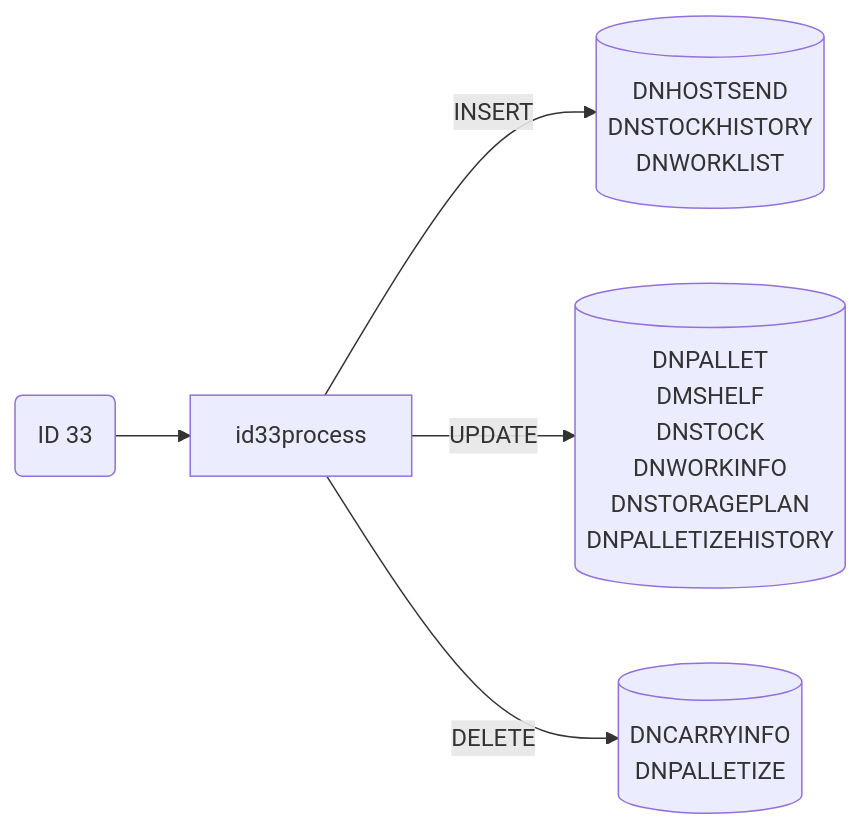
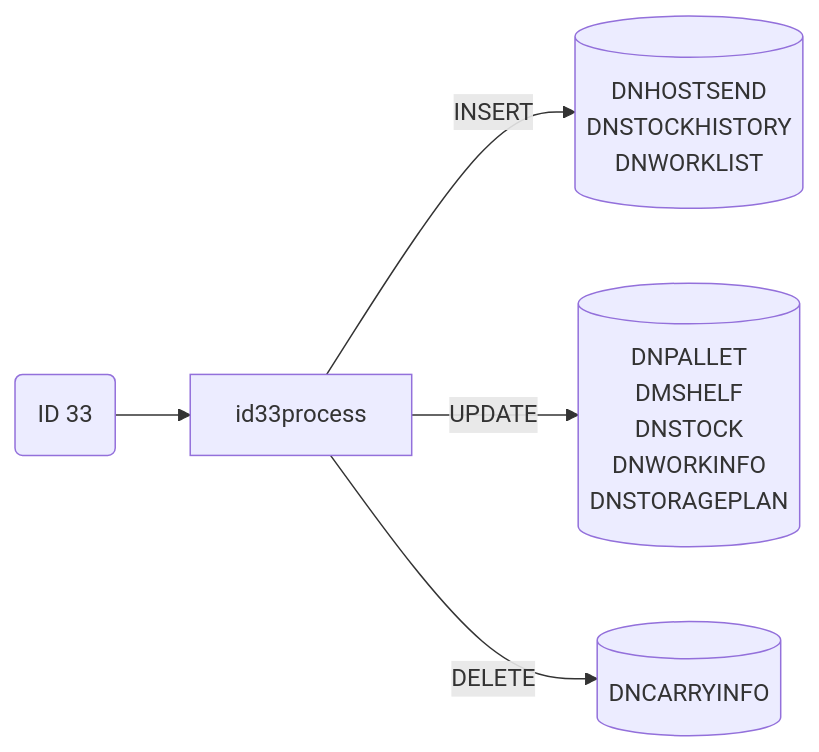
The second of 2 diagrams in Basic-Design/DFD-WMS/Storage/Palletizing-Settting/Batch-End.md (luthfiadityaa/SimeDarby-Wiki), drawn with Mermaid before and after one commit. The commit also changed other lines of this file, not shown here.

Commit message:
Updated Batch End

```diff
--- a/Basic-Design/DFD-WMS/Storage/Palletizing-Settting/Batch-End.md
+++ b/Basic-Design/DFD-WMS/Storage/Palletizing-Settting/Batch-End.md
@@ -159,30 +159,28 @@
 ::: mermaid
 flowchart LR
 
 id33("
 ID 33
 ")
 
 id33-insert[("
 DNHOSTSEND
 DNSTOCKHISTORY
 DNWORKLIST
 ")]
 id33-update[("
 DNPALLET
 DMSHELF
 DNSTOCK
 DNWORKINFO
 DNSTORAGEPLAN
-DNPALLETIZEHISTORY
 ")]
 id33-delete[("
 DNCARRYINFO
-DNPALLETIZE
 ")]
 
 id33-->id33process
 id33process--> |INSERT| id33-insert
 id33process--> |UPDATE| id33-update
 id33process--> |DELETE| id33-delete
 :::
```
